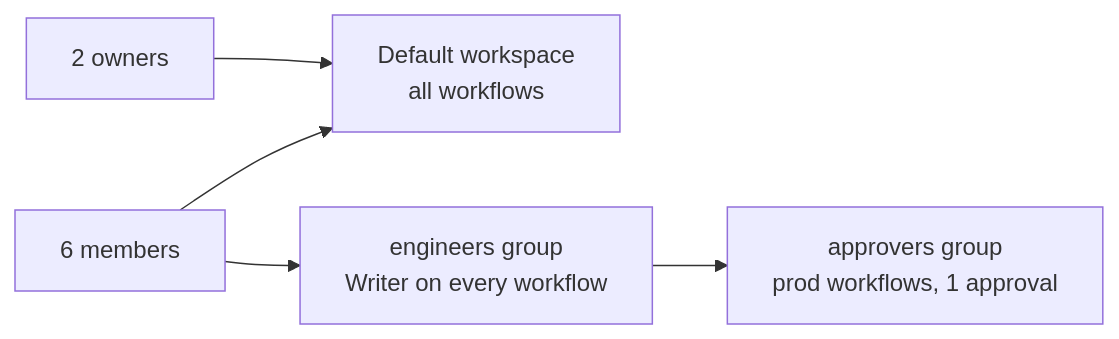
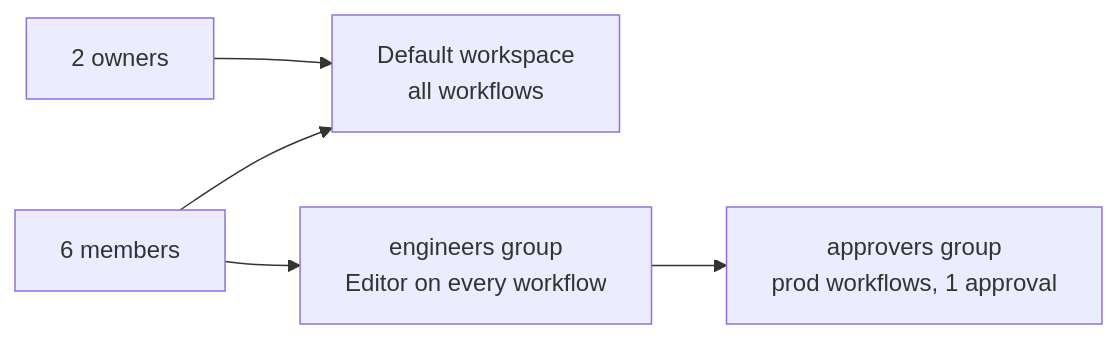
One commit to bentraLLC/bentra-docs changed the fourth of 4 diagrams in guides/permissions.mdx. Above: the diagram before and after it, drawn with Mermaid. The commit also changed other lines of this file and 16 other files, not shown here.

First line of the commit message:
docs: workspace Owner/Member and workflow Admin/Editor roles

````diff
--- a/guides/permissions.mdx
+++ b/guides/permissions.mdx
@@ -208,7 +222,7 @@
 ```mermaid
 flowchart LR
     Owners["2 owners"] --> Default["Default workspace<br/>all workflows"]
     Eng["6 members"] --> Default
-    Eng --> G["engineers group<br/>Writer on every workflow"]
+    Eng --> G["engineers group<br/>Editor on every workflow"]
     G --> Appr["approvers group<br/>prod workflows, 1 approval"]
 ```
````
